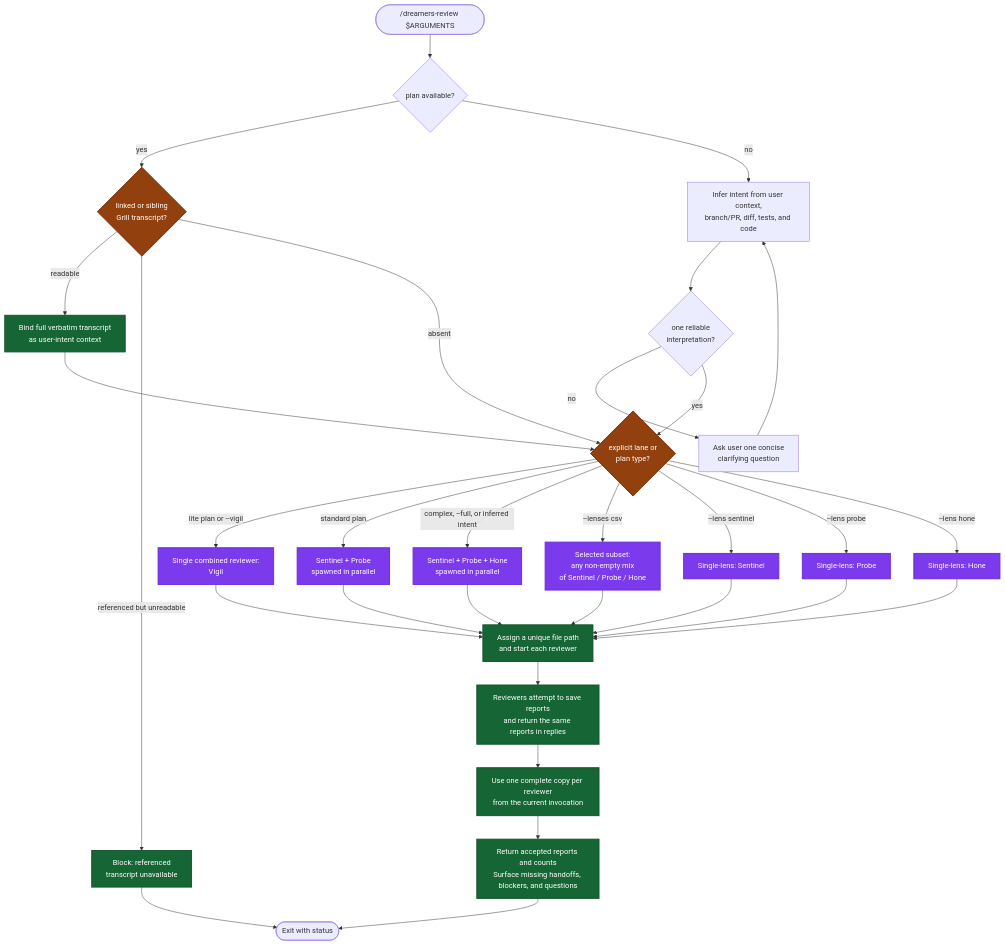
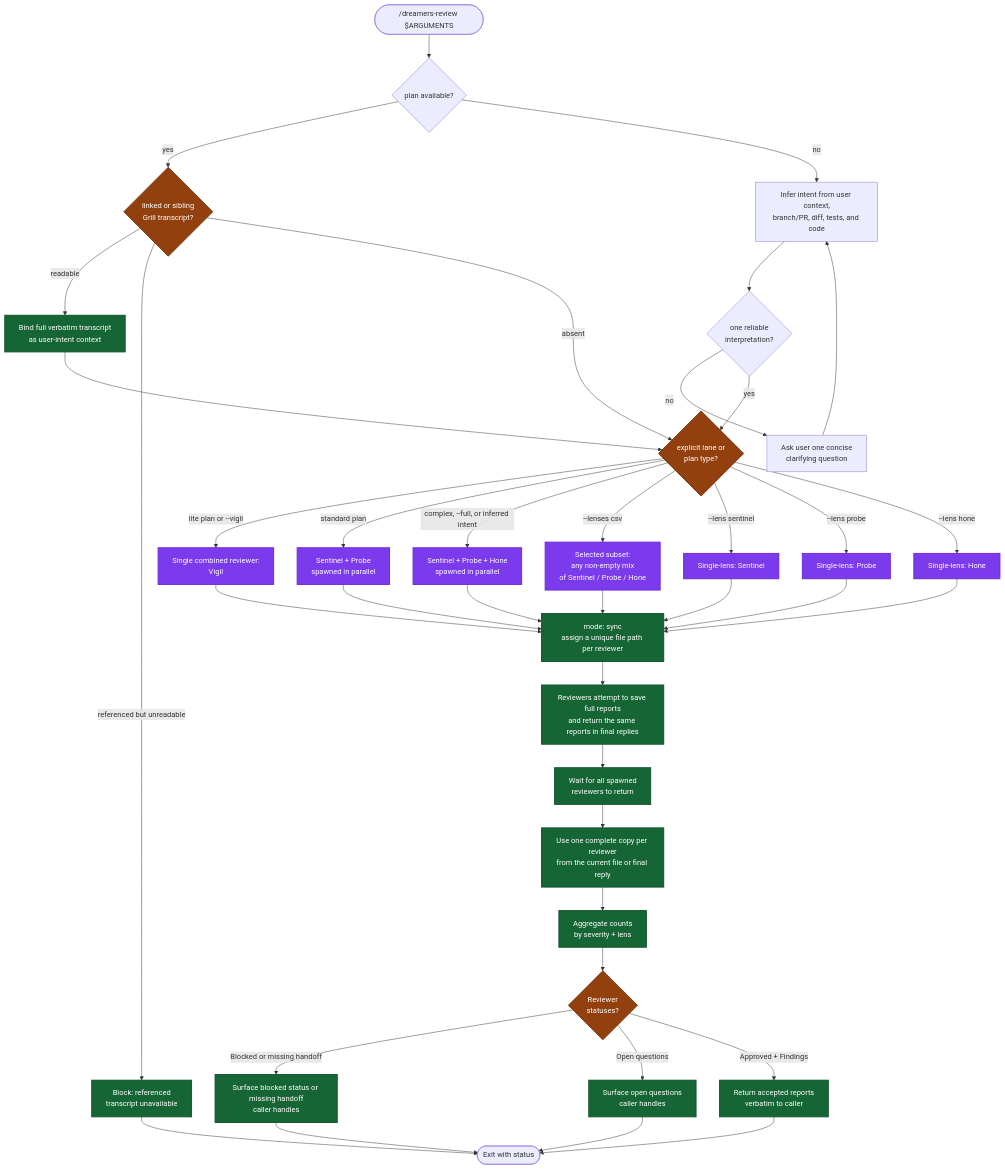
One commit to mrStorrs/dreamers-copilot changed the diagram in .github/skills/dreamers-review/readme.md. Above: the diagram before and after it, drawn with Mermaid. The commit also changed other lines of this file and 27 other files, not shown here.

Commit message:
fix: preserve reviewer guidance while narrowing handoff changes

````diff
--- a/.github/skills/dreamers-review/readme.md
+++ b/.github/skills/dreamers-review/readme.md
@@ -5,44 +5,53 @@
 ```mermaid
 flowchart TD
     Start(["/dreamers-review $ARGUMENTS"]) --> Basis{"plan available?"}
     Basis -->|yes| Transcript{"linked or sibling<br/>Grill transcript?"}
     Transcript -->|readable| BindTranscript["Bind full verbatim transcript<br/>as user-intent context"]
     Transcript -->|referenced but unreadable| BlockTranscript["Block: referenced<br/>transcript unavailable"]
     Transcript -->|absent| ModeCheck{"explicit lane or<br/>plan type?"}
     BindTranscript --> ModeCheck
     BlockTranscript --> End
     Basis -->|no| Infer["Infer intent from user context,<br/>branch/PR, diff, tests, and code"]
     Infer --> Clear{"one reliable<br/>interpretation?"}
     Clear -->|no| Ask["Ask user one concise<br/>clarifying question"]
     Ask --> Infer
     Clear -->|yes| ModeCheck
 
     ModeCheck -->|lite plan or --vigil| Vigil["Single combined reviewer:<br/>Vigil"]
     ModeCheck -->|standard plan| Standard["Sentinel + Probe<br/>spawned in parallel"]
     ModeCheck -->|complex, --full, or inferred intent| Triad["Sentinel + Probe + Hone<br/>spawned in parallel"]
     ModeCheck -->|--lenses csv| Selected["Selected subset:<br/>any non-empty mix<br/>of Sentinel / Probe / Hone"]
     ModeCheck -->|--lens sentinel| LensS["Single-lens: Sentinel"]
     ModeCheck -->|--lens probe| LensP["Single-lens: Probe"]
     ModeCheck -->|--lens hone| LensH["Single-lens: Hone"]
 
-    Triad --> Spawn["Assign a unique file path<br/>and start each reviewer"]
+    Triad --> Spawn["mode: sync<br/>assign a unique file path per reviewer"]
     Standard --> Spawn
     Vigil --> Spawn
     Selected --> Spawn
     LensS --> Spawn
     LensP --> Spawn
     LensH --> Spawn
 
-    Spawn --> Deliver["Reviewers attempt to save reports<br/>and return the same reports in replies"]
-    Deliver --> Collect["Use one complete copy per reviewer<br/>from the current invocation"]
-    Collect --> Report["Return accepted reports and counts<br/>Surface missing handoffs, blockers, and questions"]
-    Report --> End(["Exit with status"])
+    Spawn --> WriteArtifact["Reviewers attempt to save full reports<br/>and return the same reports in final replies"]
+    WriteArtifact --> Wait["Wait for all spawned<br/>reviewers to return"]
+    Wait --> Collect["Use one complete copy per reviewer<br/>from the current file or final reply"]
+    Collect --> Aggregate["Aggregate counts<br/>by severity + lens"]
+    Aggregate --> CheckStatus{"Reviewer<br/>statuses?"}
+
+    CheckStatus -->|Blocked or missing handoff| Surface1["Surface blocked status or missing handoff<br/>caller handles"]
+    CheckStatus -->|Open questions| Surface2["Surface open questions<br/>caller handles"]
+    CheckStatus -->|Approved + Findings| Report["Return accepted reports<br/>verbatim to caller"]
+
+    Surface1 --> End(["Exit with status"])
+    Surface2 --> End
+    Report --> End
 
     classDef gate fill:#92400e,stroke:#78350f,stroke-width:2px,color:#fff
     classDef phase fill:#166534,stroke:#14532d,stroke-width:2px,color:#fff
     classDef agent fill:#7c3aed,stroke:#6d28d9,stroke-width:2px,color:#fff
 
-    class Transcript,ModeCheck gate
+    class Transcript,ModeCheck,CheckStatus gate
     class Triad,Standard,Vigil,Selected,LensS,LensP,LensH agent
-    class BindTranscript,BlockTranscript,Spawn,Deliver,Collect,Report phase
+    class BindTranscript,BlockTranscript,Spawn,WriteArtifact,Wait,Collect,Aggregate,Surface1,Surface2,Report phase
 ```
````
